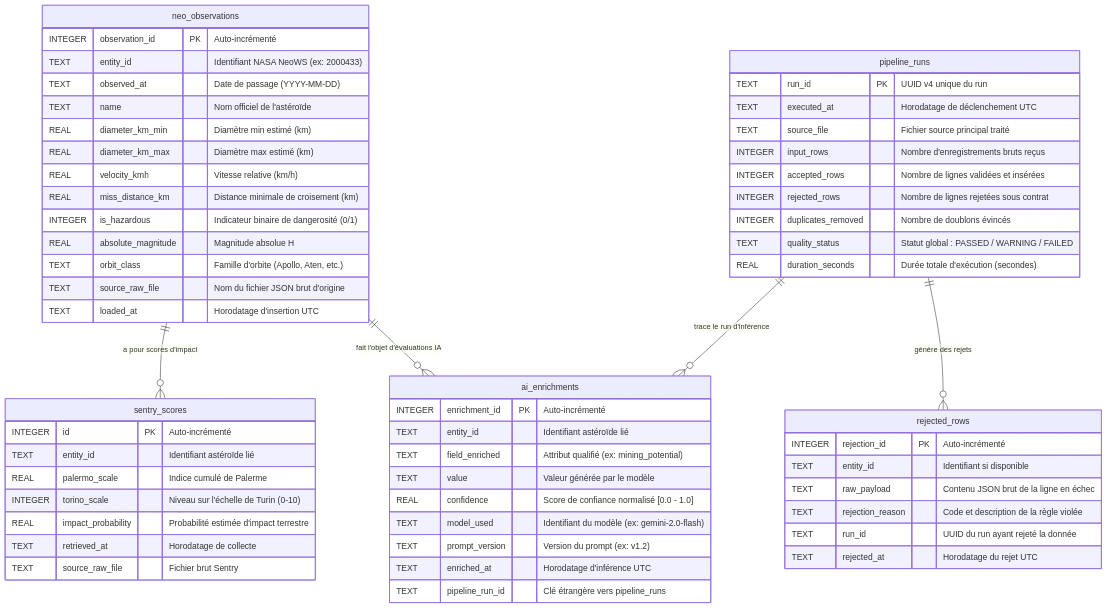
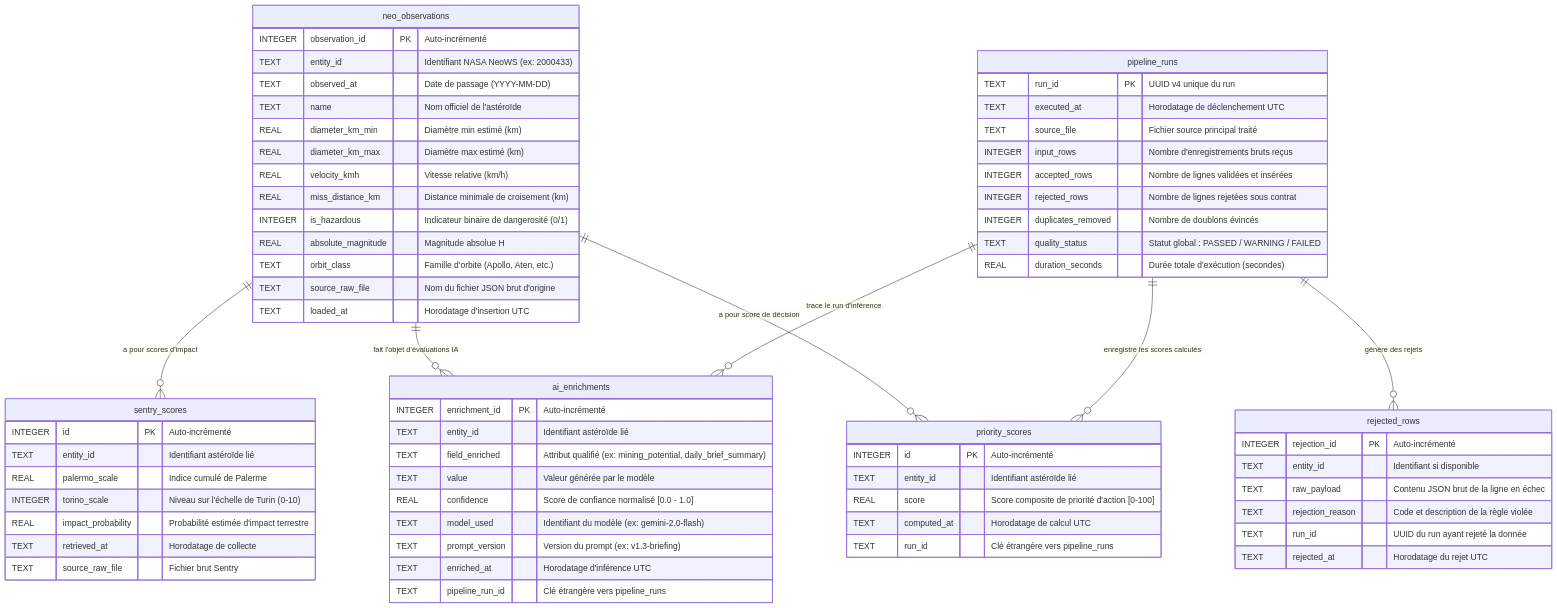
The diagram in docs/er_diagram.md (kratos45/exowatch), drawn with Mermaid before and after one commit. The commit also changed other lines of this file and 28 other files, not shown here.

Commit message:
feat: implement Mission Control design system, Decision Layer (composite priority score, trend delta), and Operational Briefing page

````diff
--- a/docs/er_diagram.md
+++ b/docs/er_diagram.md
@@ -9,66 +9,76 @@
 ```mermaid
 erDiagram
     neo_observations ||--o{ sentry_scores : "a pour scores d'impact"
     neo_observations ||--o{ ai_enrichments : "fait l'objet d'évaluations IA"
+    neo_observations ||--o{ priority_scores : "a pour score de décision"
     pipeline_runs ||--o{ rejected_rows : "génère des rejets"
     pipeline_runs ||--o{ ai_enrichments : "trace le run d'inférence"
+    pipeline_runs ||--o{ priority_scores : "enregistre les scores calculés"
 
     neo_observations {
         INTEGER observation_id PK "Auto-incrémenté"
         TEXT entity_id "Identifiant NASA NeoWS (ex: 2000433)"
         TEXT observed_at "Date de passage (YYYY-MM-DD)"
         TEXT name "Nom officiel de l'astéroïde"
         REAL diameter_km_min "Diamètre min estimé (km)"
         REAL diameter_km_max "Diamètre max estimé (km)"
         REAL velocity_kmh "Vitesse relative (km/h)"
         REAL miss_distance_km "Distance minimale de croisement (km)"
         INTEGER is_hazardous "Indicateur binaire de dangerosité (0/1)"
         REAL absolute_magnitude "Magnitude absolue H"
         TEXT orbit_class "Famille d'orbite (Apollo, Aten, etc.)"
         TEXT source_raw_file "Nom du fichier JSON brut d'origine"
         TEXT loaded_at "Horodatage d'insertion UTC"
     }
 
     sentry_scores {
         INTEGER id PK "Auto-incrémenté"
         TEXT entity_id "Identifiant astéroïde lié"
         REAL palermo_scale "Indice cumulé de Palerme"
         INTEGER torino_scale "Niveau sur l'échelle de Turin (0-10)"
         REAL impact_probability "Probabilité estimée d'impact terrestre"
         TEXT retrieved_at "Horodatage de collecte"
         TEXT source_raw_file "Fichier brut Sentry"
     }
 
     ai_enrichments {
         INTEGER enrichment_id PK "Auto-incrémenté"
         TEXT entity_id "Identifiant astéroïde lié"
-        TEXT field_enriched "Attribut qualifié (ex: mining_potential)"
+        TEXT field_enriched "Attribut qualifié (ex: mining_potential, daily_brief_summary)"
         TEXT value "Valeur générée par le modèle"
         REAL confidence "Score de confiance normalisé [0.0 - 1.0]"
         TEXT model_used "Identifiant du modèle (ex: gemini-2.0-flash)"
-        TEXT prompt_version "Version du prompt (ex: v1.2)"
+        TEXT prompt_version "Version du prompt (ex: v1.3-briefing)"
         TEXT enriched_at "Horodatage d'inférence UTC"
         TEXT pipeline_run_id "Clé étrangère vers pipeline_runs"
+    }
+
+    priority_scores {
+        INTEGER id PK "Auto-incrémenté"
+        TEXT entity_id "Identifiant astéroïde lié"
+        REAL score "Score composite de priorité d'action [0-100]"
+        TEXT computed_at "Horodatage de calcul UTC"
+        TEXT run_id "Clé étrangère vers pipeline_runs"
     }
 
     pipeline_runs {
         TEXT run_id PK "UUID v4 unique du run"
         TEXT executed_at "Horodatage de déclenchement UTC"
         TEXT source_file "Fichier source principal traité"
         INTEGER input_rows "Nombre d'enregistrements bruts reçus"
         INTEGER accepted_rows "Nombre de lignes validées et insérées"
         INTEGER rejected_rows "Nombre de lignes rejetées sous contrat"
         INTEGER duplicates_removed "Nombre de doublons évincés"
         TEXT quality_status "Statut global : PASSED / WARNING / FAILED"
         REAL duration_seconds "Durée totale d'exécution (secondes)"
     }
 
     rejected_rows {
         INTEGER rejection_id PK "Auto-incrémenté"
         TEXT entity_id "Identifiant si disponible"
         TEXT raw_payload "Contenu JSON brut de la ligne en échec"
         TEXT rejection_reason "Code et description de la règle violée"
         TEXT run_id "UUID du run ayant rejeté la donnée"
         TEXT rejected_at "Horodatage du rejet UTC"
     }
 ```
````
